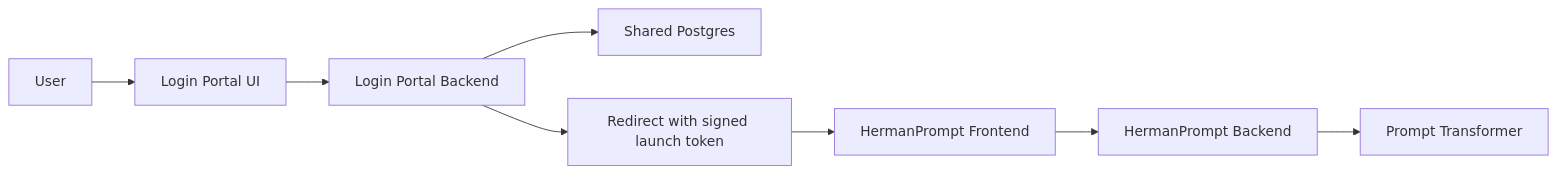
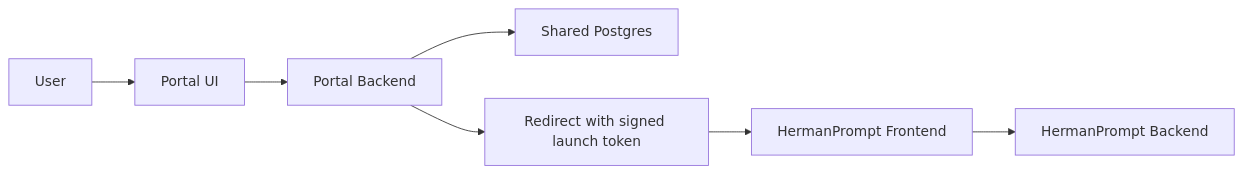
Before and after one commit to gtmnow/herman_portal: the diagram in docs/BUILD_SPEC.md, drawn with Mermaid. The commit also changed other lines of this file and 31 other files, not shown here.

Commit message:
Implement invitation flow and tenant branding

````diff
--- a/docs/BUILD_SPEC.md
+++ b/docs/BUILD_SPEC.md
@@ -50,10 +82,9 @@
 ```mermaid
 flowchart LR
-    U["User"] --> P["Login Portal UI"]
-    P --> PB["Login Portal Backend"]
+    U["User"] --> P["Portal UI"]
+    P --> PB["Portal Backend"]
     PB --> DB["Shared Postgres"]
     PB --> R["Redirect with signed launch token"]
     R --> HF["HermanPrompt Frontend"]
     HF --> HB["HermanPrompt Backend"]
-    HB --> PT["Prompt Transformer"]
 ```
````
